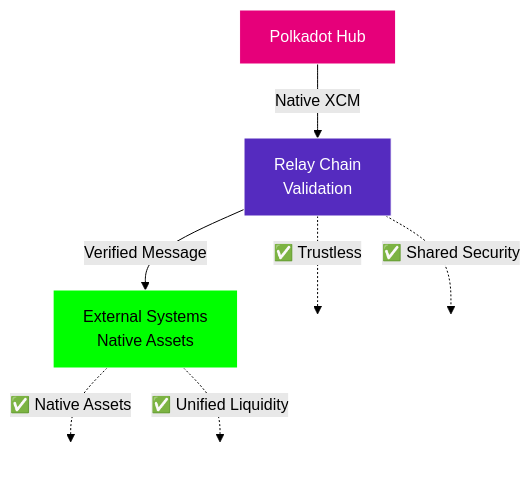
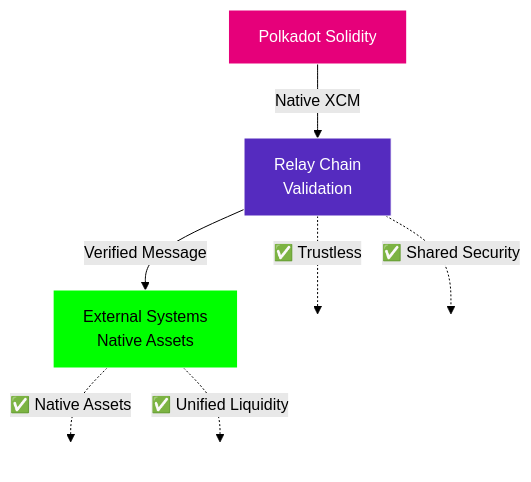
The fifth of 6 diagrams in slides/cross-chain-defi-primitives.md (openguild-labs/polkadot-codecamp), drawn with Mermaid (forest theme) before and after one commit. The commit also changed other lines of this file and 29 other files, not shown here.

````diff
--- a/slides/cross-chain-defi-primitives.md
+++ b/slides/cross-chain-defi-primitives.md
@@ -166,22 +162,22 @@
 ```mermaid
 graph TB
-    HUB[Polkadot Hub]
+    HUB[Polkadot Solidity]
     RELAY[Relay Chain<br/>Validation]
     EXT[External Systems<br/>Native Assets]
 
     HUB -->|Native XCM| RELAY
     RELAY -->|Verified Message| EXT
 
     RELAY -.->|✅ Trustless| GOOD1[ ]
     EXT -.->|✅ Native Assets| GOOD2[ ]
     RELAY -.->|✅ Shared Security| GOOD3[ ]
     EXT -.->|✅ Unified Liquidity| GOOD4[ ]
 
     style HUB fill:#E6007A,stroke:#fff,color:#fff
     style RELAY fill:#552BBF,stroke:#fff,color:#fff
     style EXT fill:#00ff00,stroke:#fff,color:#000
     style GOOD1 fill:none,stroke:none
     style GOOD2 fill:none,stroke:none
     style GOOD3 fill:none,stroke:none
     style GOOD4 fill:none,stroke:none
 ```
````
